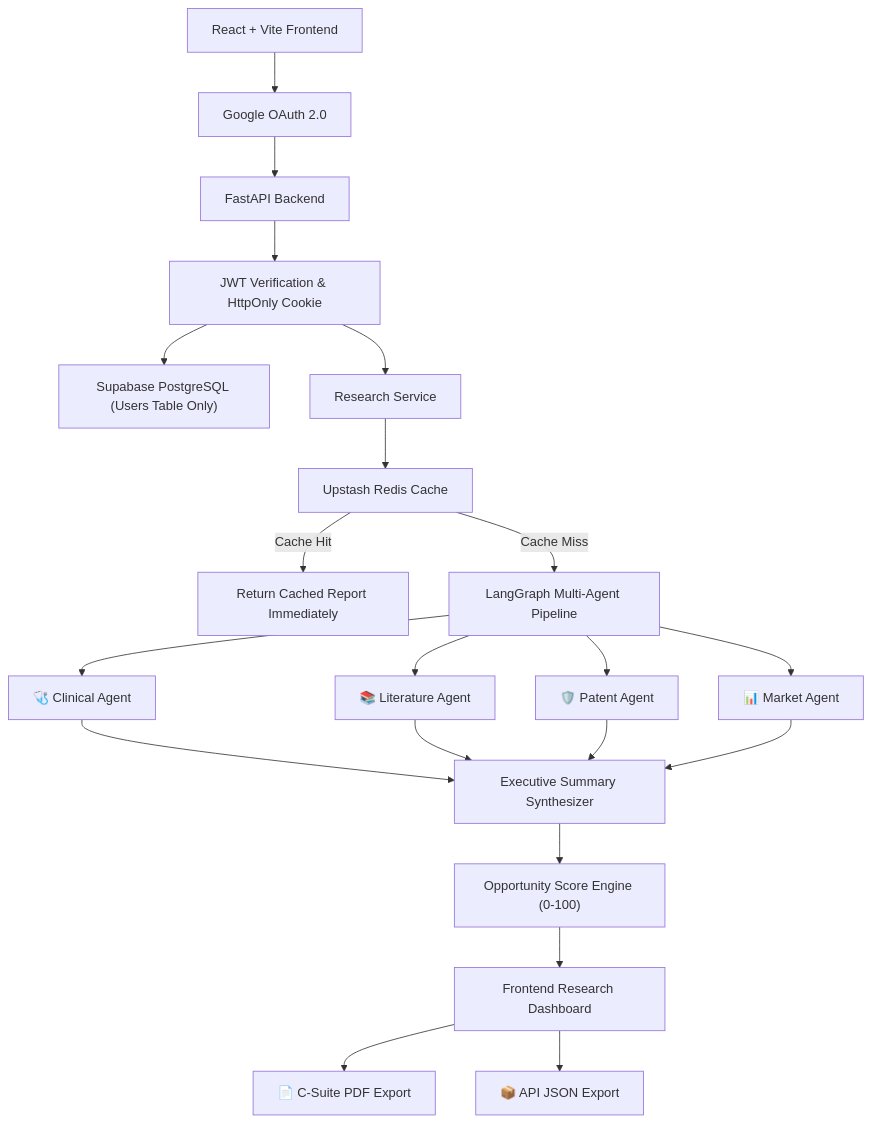
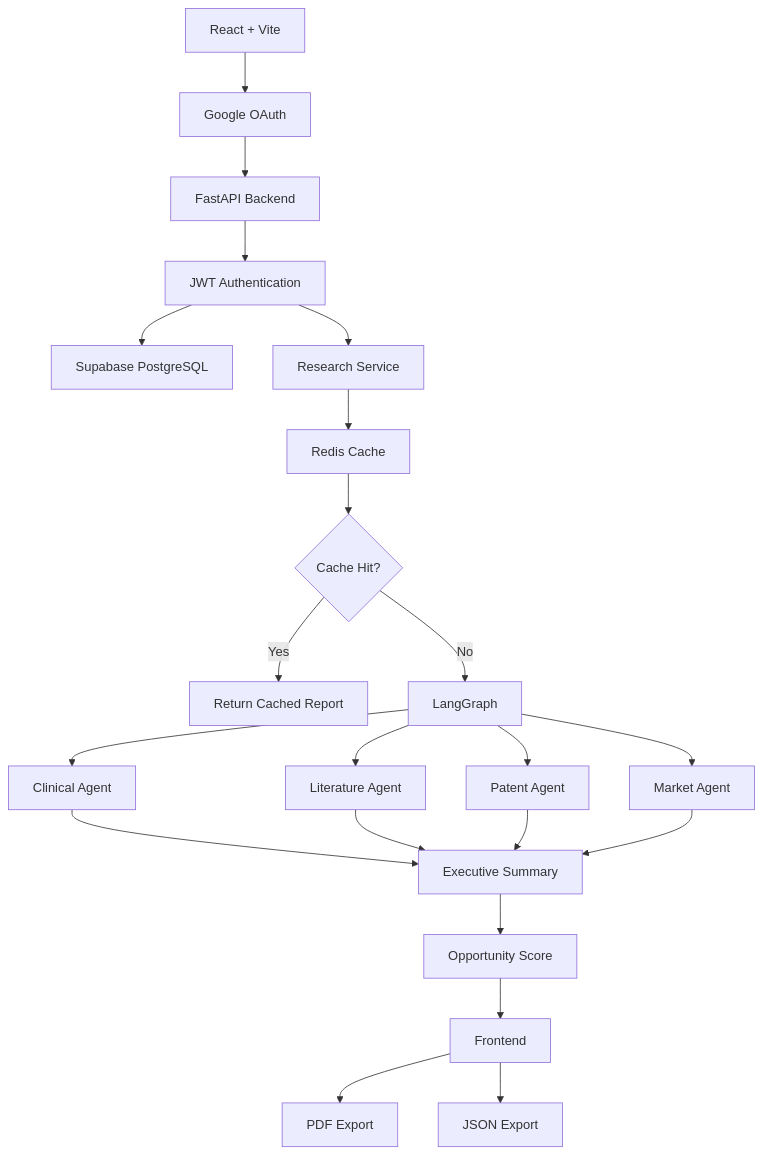
Before and after one commit to priyanshuraj20/MoleculeIq: the first of 4 diagrams in README.md, drawn with Mermaid.

Commit message:
docs: update System Architecture Mermaid diagram in README.md to exact requested structure

````diff
--- a/README.md
+++ b/README.md
@@ -68,27 +68,47 @@
 ```mermaid
 graph TD
-    User["React + Vite Frontend"] --> OAuth["Google OAuth 2.0"]
-    OAuth --> Backend["FastAPI Backend"]
-    Backend --> Auth["JWT Verification & HttpOnly Cookie"]
-    Auth --> DB["Supabase PostgreSQL (Users Table Only)"]
-    Auth --> Service["Research Service"]
-    
-    Service --> Cache["Upstash Redis Cache"]
-    Cache -->|Cache Hit| ReturnCached["Return Cached Report Immediately"]
-    Cache -->|Cache Miss| Graph["LangGraph Multi-Agent Pipeline"]
-    
-    Graph --> Agent1["🩺 Clinical Agent"]
-    Graph --> Agent2["📚 Literature Agent"]
-    Graph --> Agent3["🛡️ Patent Agent"]
-    Graph --> Agent4["📊 Market Agent"]
-    
-    Agent1 --> Exec["Executive Summary Synthesizer"]
-    Agent2 --> Exec
-    Agent3 --> Exec
-    Agent4 --> Exec
-    
-    Exec --> Score["Opportunity Score Engine (0-100)"]
-    Score --> Output["Frontend Research Dashboard"]
-    Output --> PDF["📄 C-Suite PDF Export"]
-    Output --> JSON["📦 API JSON Export"]
+
+A["React + Vite"]
+
+A --> B["Google OAuth"]
+
+B --> C["FastAPI Backend"]
+
+C --> D["JWT Authentication"]
+
+D --> E["Supabase PostgreSQL"]
+
+D --> F["Research Service"]
+
+F --> G["Redis Cache"]
+
+G --> H{"Cache Hit?"}
+
+H -->|Yes| I["Return Cached Report"]
+
+H -->|No| J["LangGraph"]
+
+J --> K["Clinical Agent"]
+
+J --> L["Literature Agent"]
+
+J --> M["Patent Agent"]
+
+J --> N["Market Agent"]
+
+K --> O["Executive Summary"]
+
+L --> O
+
+M --> O
+
+N --> O
+
+O --> P["Opportunity Score"]
+
+P --> Q["Frontend"]
+
+Q --> R["PDF Export"]
+
+Q --> S["JSON Export"]
 ```
````
